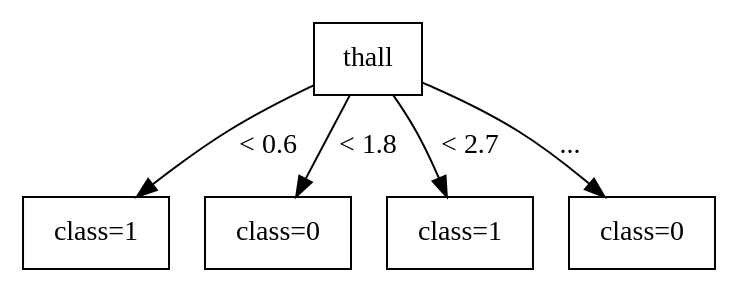
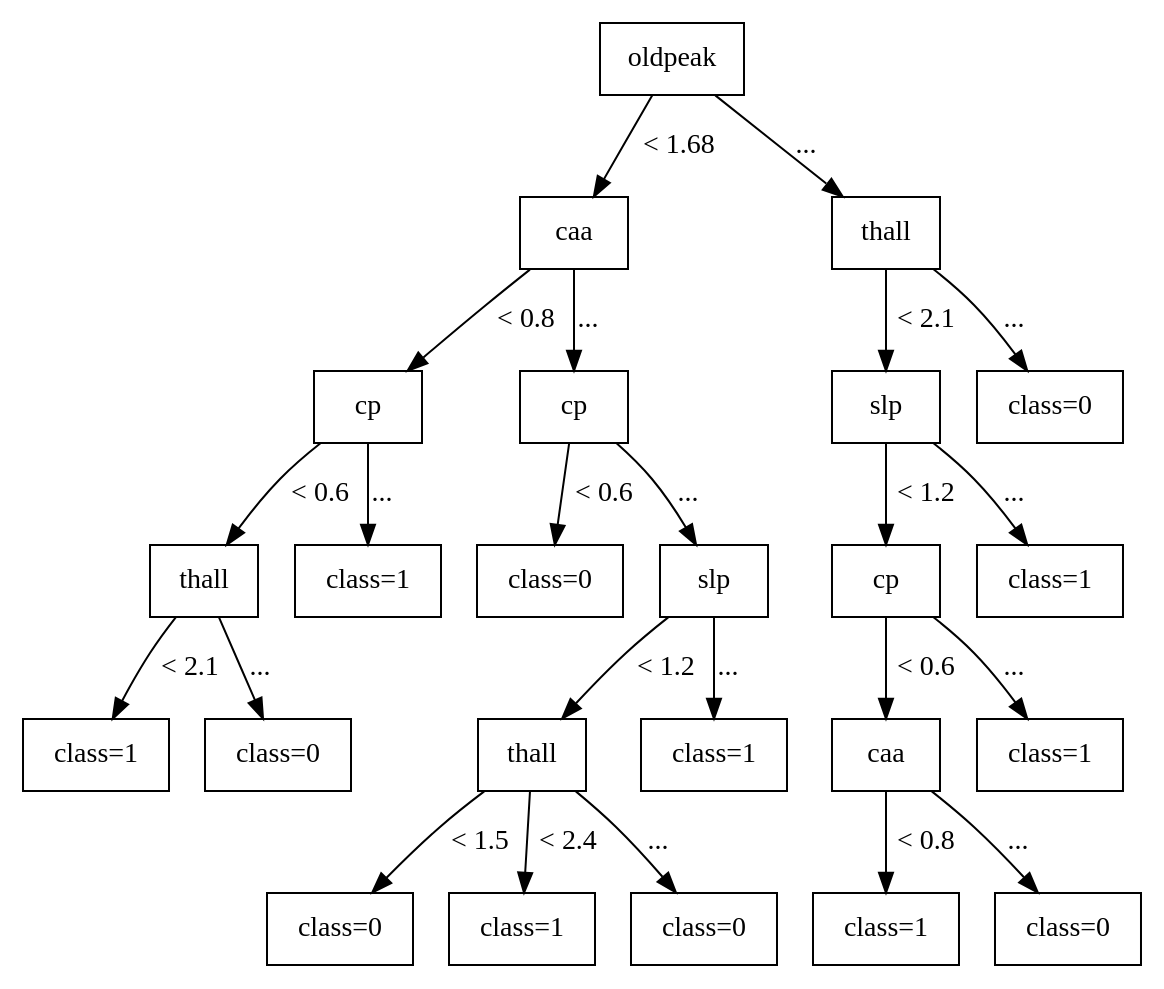
The diagram in NSSESAT_backend/new_tree.dot (TakuyaMitarai/NSSESAT_Visualizer), drawn with Graphviz before and after one commit. The commit also changed 9 other files, not shown here.

```diff
--- a/NSSESAT_backend/new_tree.dot
+++ b/NSSESAT_backend/new_tree.dot
@@ -1,17 +1,63 @@
 digraph G {
 node [shape=box];
 node [style=filled, fillcolor=white];
 
-0 [label="thall"];
+0 [label="oldpeak"];
 
-1 [label="class=1"];
-2 [label="class=0"];
-3 [label="class=1"];
-4 [label="class=0"];
+1 [label="caa"];
+15 [label="thall"];
 
-0 -> 1 [label="< 0.6"];
-0 -> 2 [label="< 1.8"];
-0 -> 3 [label="< 2.7"];
-0 -> 4 [label="..."];
+0 -> 1 [label="< 1.68"];
+0 -> 15 [label="..."];
+
+2 [label="cp"];
+7 [label="cp"];
+16 [label="slp"];
+23 [label="class=0"];
+
+1 -> 2 [label="< 0.8"];
+1 -> 7 [label="..."];
+15 -> 16 [label="< 2.1"];
+15 -> 23 [label="..."];
+
+3 [label="thall"];
+6 [label="class=1"];
+8 [label="class=0"];
+9 [label="slp"];
+17 [label="cp"];
+22 [label="class=1"];
+
+2 -> 3 [label="< 0.6"];
+2 -> 6 [label="..."];
+7 -> 8 [label="< 0.6"];
+7 -> 9 [label="..."];
+16 -> 17 [label="< 1.2"];
+16 -> 22 [label="..."];
+
+4 [label="class=1"];
+5 [label="class=0"];
+10 [label="thall"];
+14 [label="class=1"];
+18 [label="caa"];
+21 [label="class=1"];
+
+3 -> 4 [label="< 2.1"];
+3 -> 5 [label="..."];
+9 -> 10 [label="< 1.2"];
+9 -> 14 [label="..."];
+17 -> 18 [label="< 0.6"];
+17 -> 21 [label="..."];
+
+11 [label="class=0"];
+12 [label="class=1"];
+13 [label="class=0"];
+19 [label="class=1"];
+20 [label="class=0"];
+
+10 -> 11 [label="< 1.5"];
+10 -> 12 [label="< 2.4"];
+10 -> 13 [label="..."];
+18 -> 19 [label="< 0.8"];
+18 -> 20 [label="..."];
 
 }
```
